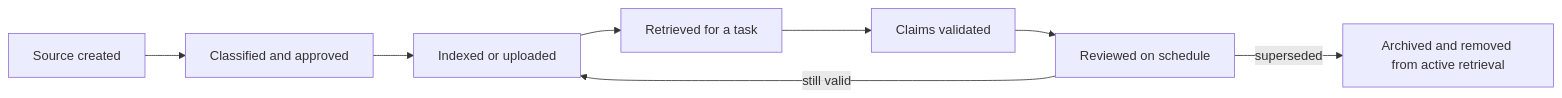
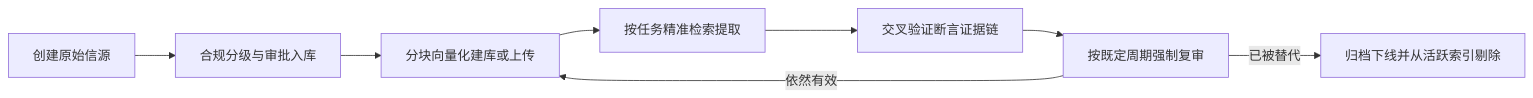
Before and after one commit to cluster1900/ai-engineering-from-scratch-zh: the diagram in certifications/claude/lessons/04-context-knowledge-memory-and-caching/docs/en.md, drawn with Mermaid. The commit also changed other lines of this file and 187 other files, not shown here.

````diff
--- a/certifications/claude/lessons/04-context-knowledge-memory-and-caching/docs/en.md
+++ b/certifications/claude/lessons/04-context-knowledge-memory-and-caching/docs/en.md
@@ -133,10 +130,10 @@
 ```mermaid
 flowchart LR
-    A["Source created"] --> B["Classified and approved"]
-    B --> C["Indexed or uploaded"]
-    C --> D["Retrieved for a task"]
-    D --> E["Claims validated"]
-    E --> F["Reviewed on schedule"]
-    F -->|"still valid"| C
-    F -->|"superseded"| G["Archived and removed from active retrieval"]
+    A["创建原始信源"] --> B["合规分级与审批入库"]
+    B --> C["分块向量化建库或上传"]
+    C --> D["按任务精准检索提取"]
+    D --> E["交叉验证断言证据链"]
+    E --> F["按既定周期强制复审"]
+    F -->|"依然有效"| C
+    F -->|"已被替代"| G["归档下线并从活跃索引剔除"]
 ```
````
